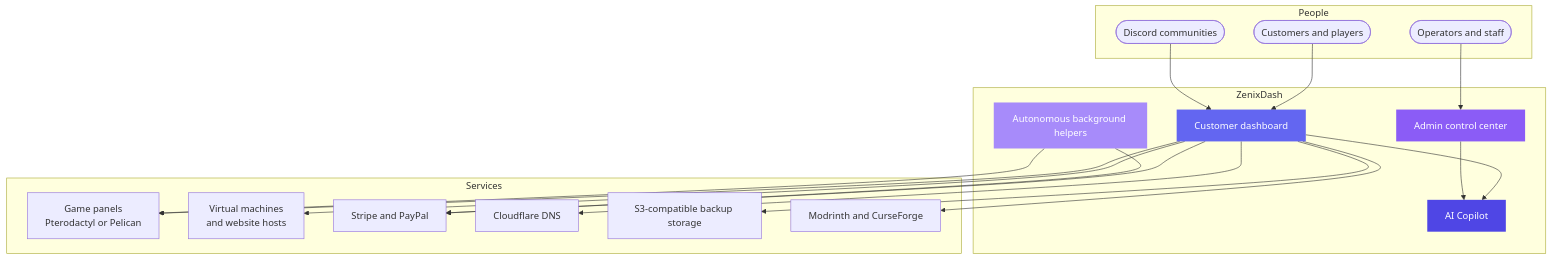
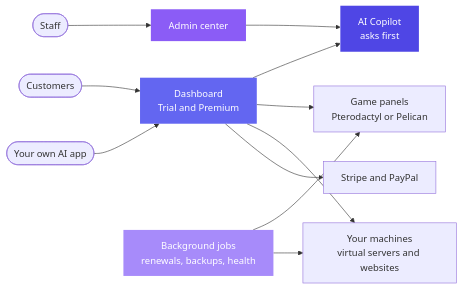
The first of 2 diagrams in README.md (Zenix-Developers/ZenixDash-Showcase), drawn with Mermaid before and after one commit. The commit also changed other lines of this file and 1 other file, not shown here.

Commit message:
Rewrite the ZenixDash showcase for v4.7.0: current features from the code, accurate release timeline

````diff
--- a/README.md
+++ b/README.md
@@ -89,39 +32,17 @@
 ```mermaid
-flowchart TB
-    subgraph People
-      C([Customers and players])
-      O([Operators and staff])
-      D([Discord communities])
-    end
-    subgraph ZenixDash
-      UI[Customer dashboard]
-      AD[Admin control center]
-      AI[AI Copilot]
-      BG[Autonomous background helpers]
-    end
-    subgraph Services
-      GP[Game panels<br>Pterodactyl or Pelican]
-      VM[Virtual machines<br>and website hosts]
-      PAY[Stripe and PayPal]
-      CF[Cloudflare DNS]
-      S3[S3-compatible backup storage]
-      MOD[Modrinth and CurseForge]
-    end
-    C --> UI
-    O --> AD
-    D --> UI
-    UI --> AI
+flowchart LR
+    C([Customers]) --> UI[Dashboard<br>Trial and Premium]
+    O([Staff]) --> AD[Admin center]
+    UI --> AI[AI Copilot<br>asks first]
     AD --> AI
-    UI --> GP
-    UI --> VM
-    UI --> PAY
-    UI --> CF
-    UI --> S3
-    UI --> MOD
-    BG --> GP
-    BG --> PAY
+    UI --> GP[Game panels<br>Pterodactyl or Pelican]
+    UI --> M[Your machines<br>virtual servers and websites]
+    UI --> PAY[Stripe and PayPal]
+    APP([Your own AI app]) --> UI
+    BG[Background jobs<br>renewals, backups, health] --> GP
+    BG --> M
     style UI fill:#6366f1,color:#fff,stroke:none
     style AD fill:#8b5cf6,color:#fff,stroke:none
     style AI fill:#4f46e5,color:#fff,stroke:none
     style BG fill:#a78bfa,color:#fff,stroke:none
 ```
````
